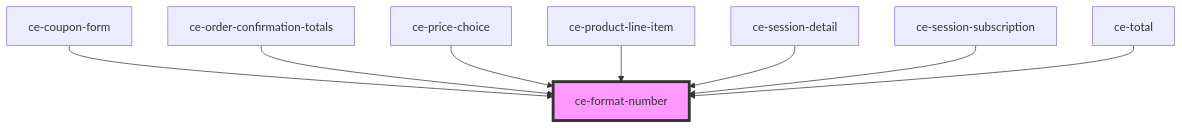
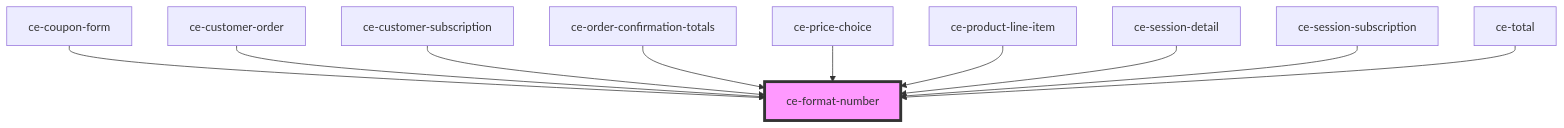
Before and after one commit to surecart/surecart-wp-plugin: the diagram in packages/components/src/components/util/format-number/readme.md, drawn with Mermaid. The commit also changed other lines of this file and 24 other files, not shown here.

````diff
--- a/packages/components/src/components/util/format-number/readme.md
+++ b/packages/components/src/components/util/format-number/readme.md
@@ -39,11 +41,13 @@
 ```mermaid
 graph TD;
   ce-coupon-form --> ce-format-number
+  ce-customer-order --> ce-format-number
+  ce-customer-subscription --> ce-format-number
   ce-order-confirmation-totals --> ce-format-number
   ce-price-choice --> ce-format-number
   ce-product-line-item --> ce-format-number
   ce-session-detail --> ce-format-number
   ce-session-subscription --> ce-format-number
   ce-total --> ce-format-number
   style ce-format-number fill:#f9f,stroke:#333,stroke-width:4px
 ```
````
